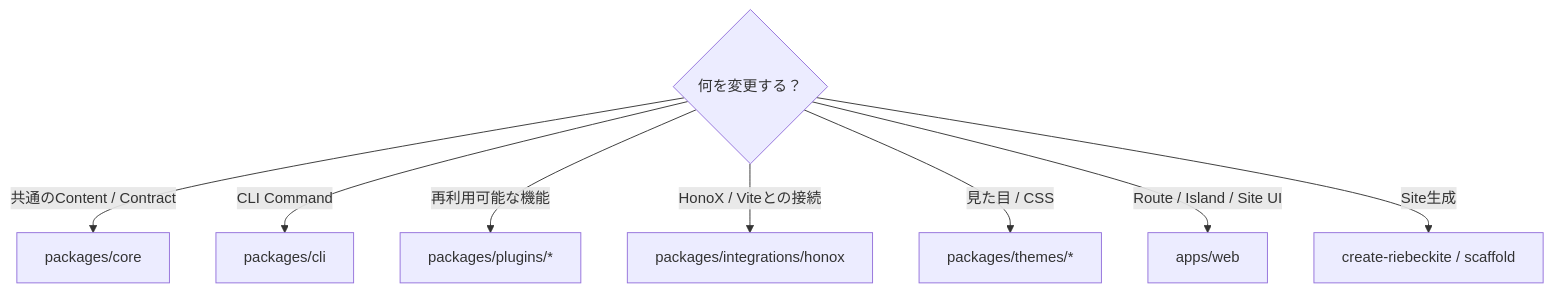
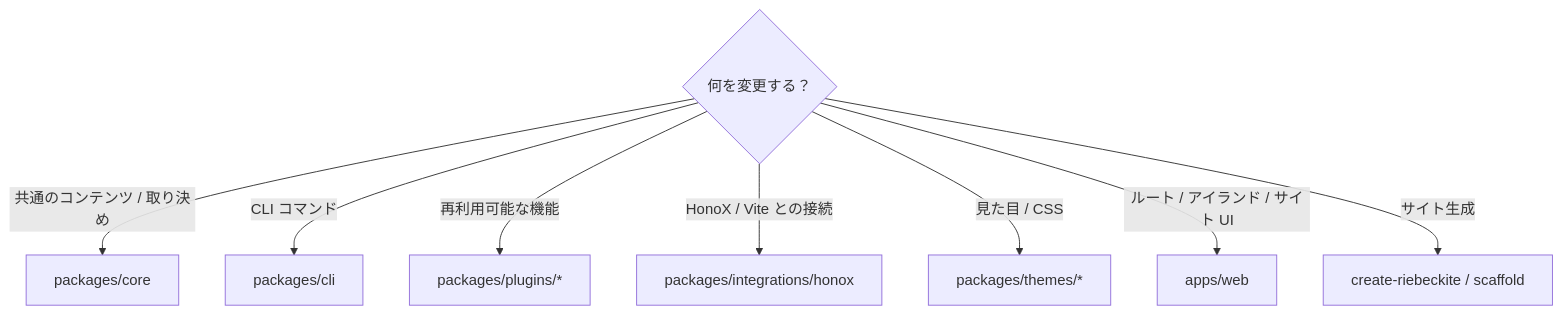
Before and after one commit to Rerurate514/riebeckite: the fourth of 6 diagrams in docs/docs/framework/development.ja.md, drawn with Mermaid. The commit also changed other lines of this file and 310 other files, not shown here.

````diff
--- a/docs/docs/framework/development.ja.md
+++ b/docs/docs/framework/development.ja.md
@@ -218,12 +211,12 @@
 ```mermaid id="ud3gdo"
 flowchart TD
     Q{"何を変更する？"}
 
-    Q -->|"共通のContent / Contract"| Core["packages/core"]
-    Q -->|"CLI Command"| CLI["packages/cli"]
+    Q -->|"共通のコンテンツ / 取り決め"| Core["packages/core"]
+    Q -->|"CLI コマンド"| CLI["packages/cli"]
     Q -->|"再利用可能な機能"| Plugin["packages/plugins/*"]
-    Q -->|"HonoX / Viteとの接続"| Integration["packages/integrations/honox"]
+    Q -->|"HonoX / Vite との接続"| Integration["packages/integrations/honox"]
     Q -->|"見た目 / CSS"| Theme["packages/themes/*"]
-    Q -->|"Route / Island / Site UI"| App["apps/web"]
-    Q -->|"Site生成"| Scaffold["create-riebeckite / scaffold"]
+    Q -->|"ルート / アイランド / サイト UI"| App["apps/web"]
+    Q -->|"サイト生成"| Scaffold["create-riebeckite / scaffold"]
 ```
````
